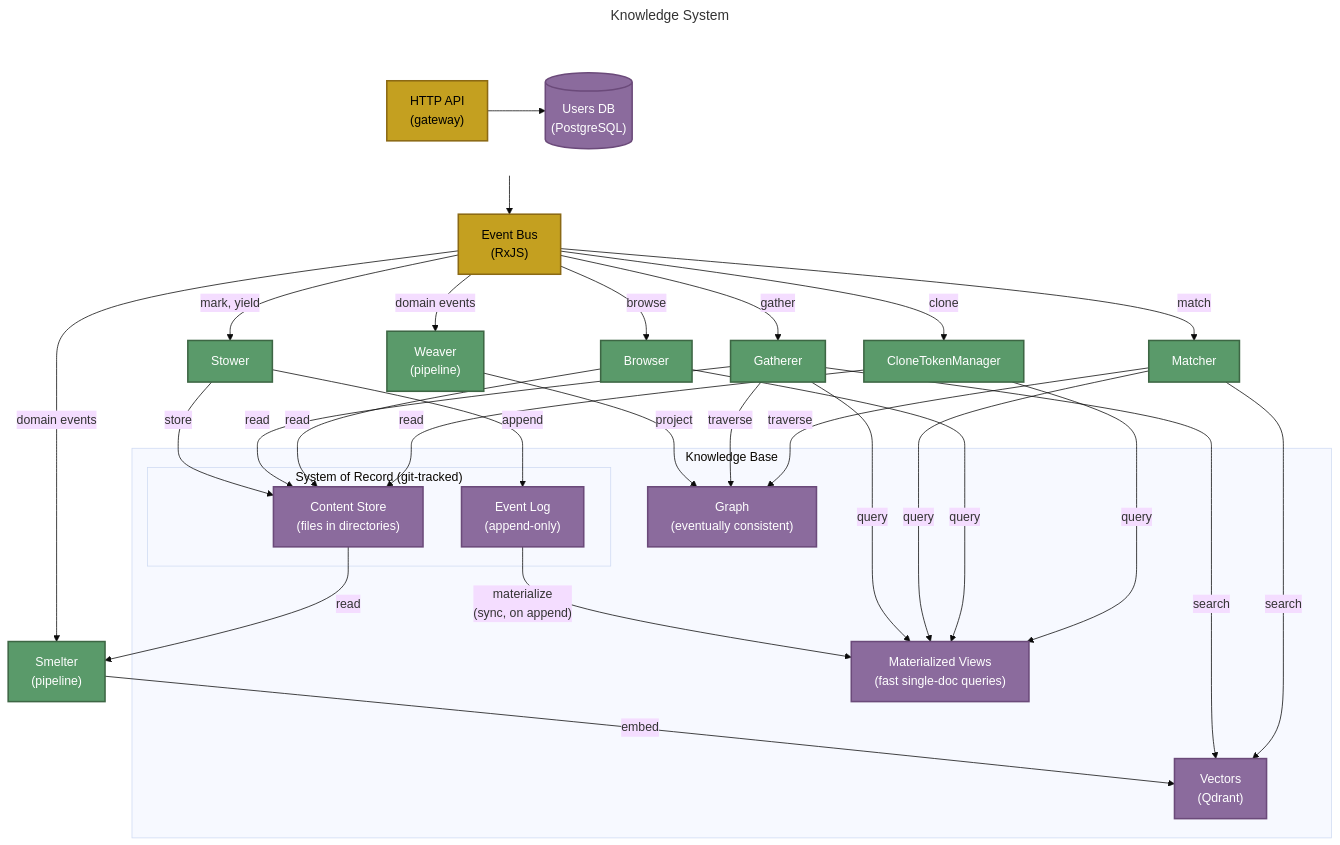
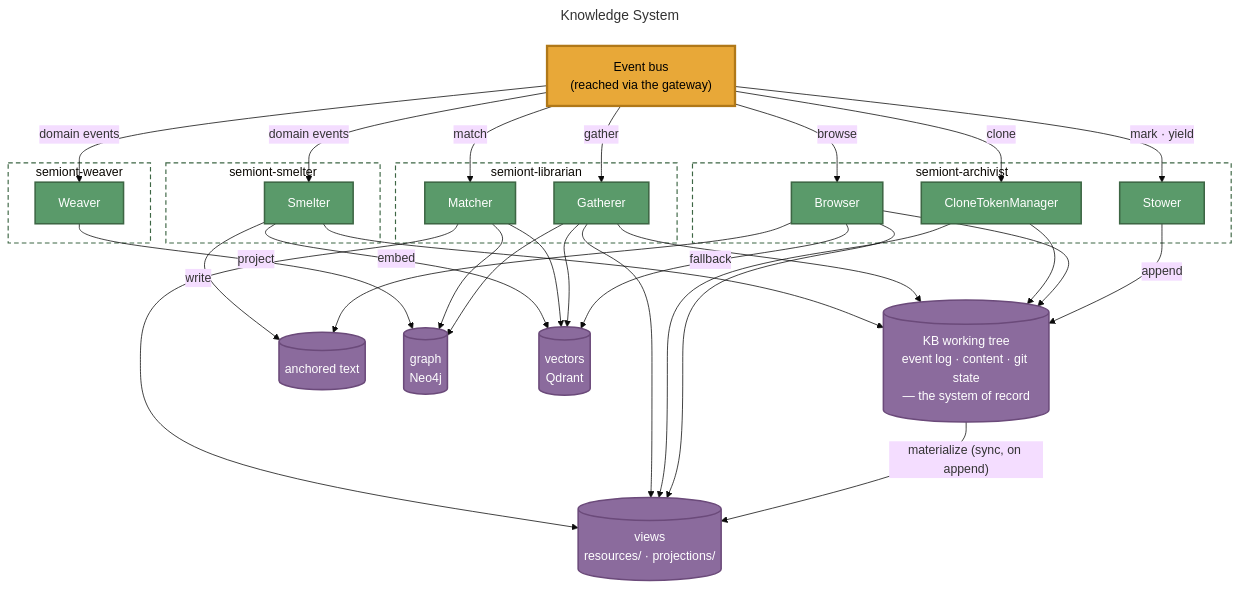
Before and after one commit to The-AI-Alliance/semiont: the diagram in docs/system/KNOWLEDGE-SYSTEM.md, drawn with Mermaid (base theme). The commit also changed other lines of this file and 24 other files, not shown here.

````diff
--- a/docs/system/KNOWLEDGE-SYSTEM.md
+++ b/docs/system/KNOWLEDGE-SYSTEM.md
@@ -25,67 +25,72 @@
 ```mermaid
 ---
 title: Knowledge System
 ---
 graph TB
-    subgraph top [" "]
-        direction LR
-        API["HTTP API<br/>(gateway)"]
-        DB[("Users DB<br/>(PostgreSQL)")]
-    end
-    BE["Event Bus<br/>(RxJS)"]
+    BE["Event bus<br/>(reached via the gateway)"]
 
-    API --> BE
-    API --> DB
-
-    BE -->|"mark, yield"| STOWER["Stower"]
-    BE -->|"gather"| GATHERER["Gatherer"]
-    BE -->|"match"| MATCHER["Matcher"]
-    BE -->|"browse"| BROWSER["Browser"]
-    BE -->|"clone"| CTM["CloneTokenManager"]
-    BE -->|"domain events"| WEAVER["Weaver<br/>(pipeline)"]
-    BE -->|"domain events"| SMELTER["Smelter<br/>(pipeline)"]
-
-    STOWER -->|append| EVENTLOG
-    STOWER -->|store| CONTENT
-
-    WEAVER -->|project| GRAPH
-    SMELTER -->|embed| VECTORS
-    CONTENT -->|read| SMELTER
-
-    subgraph kb ["Knowledge Base"]
-        subgraph sor ["System of Record (git-tracked)"]
-            EVENTLOG["Event Log<br/>(append-only)"]
-            CONTENT["Content Store<br/>(files in directories)"]
-        end
-        VIEWS["Materialized Views<br/>(fast single-doc queries)"]
-        GRAPH["Graph<br/>(eventually consistent)"]
-        VECTORS["Vectors<br/>(Qdrant)"]
-
-        EVENTLOG -->|"materialize<br/>(sync, on append)"| VIEWS
+    subgraph ARCHG ["semiont-archivist"]
+        STOWER["Stower"]
+        BROWSER["Browser"]
+        CTM["CloneTokenManager"]
     end
 
-    GATHERER -->|query| VIEWS
-    GATHERER -->|read| CONTENT
-    GATHERER -->|traverse| GRAPH
-    GATHERER -->|search| VECTORS
+    subgraph LIBG ["semiont-librarian"]
+        GATHERER["Gatherer"]
+        MATCHER["Matcher"]
+    end
 
-    MATCHER -->|query| VIEWS
-    MATCHER -->|traverse| GRAPH
-    MATCHER -->|search| VECTORS
+    subgraph WEAVG ["semiont-weaver"]
+        WEAVER["Weaver"]
+    end
+    subgraph SMELG ["semiont-smelter"]
+        SMELT["Smelter"]
+    end
 
-    BROWSER -->|query| VIEWS
-    BROWSER -->|read| CONTENT
+    TREE[("KB working tree<br/>event log · content · git state<br/>— the system of record")]
+    VIEWS[("views<br/>resources/ · projections/")]
+    ANCH[("anchored text")]
+    GRAPH[("graph<br/>Neo4j")]
+    VECTORS[("vectors<br/>Qdrant")]
 
-    CTM -->|query| VIEWS
-    CTM -->|read| CONTENT
+    BE -->|"mark · yield"| STOWER
+    BE -->|browse| BROWSER
+    BE -->|clone| CTM
+    BE -->|gather| GATHERER
+    BE -->|match| MATCHER
+    BE -->|"domain events"| WEAVER
+    BE -->|"domain events"| SMELT
 
-    classDef gateway fill:#c4a020,stroke:#8b6914,stroke-width:2px,color:#000
+    STOWER -->|append| TREE
+    TREE -->|"materialize (sync, on append)"| VIEWS
+    BROWSER --> VIEWS
+    BROWSER --> TREE
+    BROWSER -->|fallback| VECTORS
+    BROWSER --> ANCH
+    CTM --> VIEWS
+    CTM --> TREE
+    GATHERER --> VIEWS
+    GATHERER --> TREE
+    GATHERER --> GRAPH
+    GATHERER --> VECTORS
+    MATCHER --> VIEWS
+    MATCHER --> GRAPH
+    MATCHER --> VECTORS
+    WEAVER -->|project| GRAPH
+    SMELT --> TREE
+    SMELT -->|embed| VECTORS
+    SMELT -->|write| ANCH
+
+    classDef hub fill:#e8a838,stroke:#b07818,stroke-width:3px,color:#000
+    classDef svc fill:#5a9a6a,stroke:#3d6644,stroke-width:2px,color:#fff
     classDef store fill:#8b6b9d,stroke:#6b4a7a,stroke-width:2px,color:#fff
-    classDef worker fill:#5a9a6a,stroke:#3d6644,stroke-width:2px,color:#fff
 
-    class API,BE gateway
-    class DB,EVENTLOG,VIEWS,CONTENT,GRAPH,VECTORS store
-    class STOWER,GATHERER,MATCHER,BROWSER,CTM,WEAVER,SMELTER worker
+    class BE hub
+    class STOWER,BROWSER,CTM,GATHERER,MATCHER,WEAVER,SMELT svc
+    class TREE,VIEWS,ANCH,GRAPH,VECTORS store
 
-    style top fill:none,stroke:none
+    style ARCHG fill:none,stroke:#3d6644,stroke-width:1.5px,stroke-dasharray:6 4
+    style LIBG fill:none,stroke:#3d6644,stroke-width:1.5px,stroke-dasharray:6 4
+    style WEAVG fill:none,stroke:#3d6644,stroke-width:1.5px,stroke-dasharray:6 4
+    style SMELG fill:none,stroke:#3d6644,stroke-width:1.5px,stroke-dasharray:6 4
 ```
````
